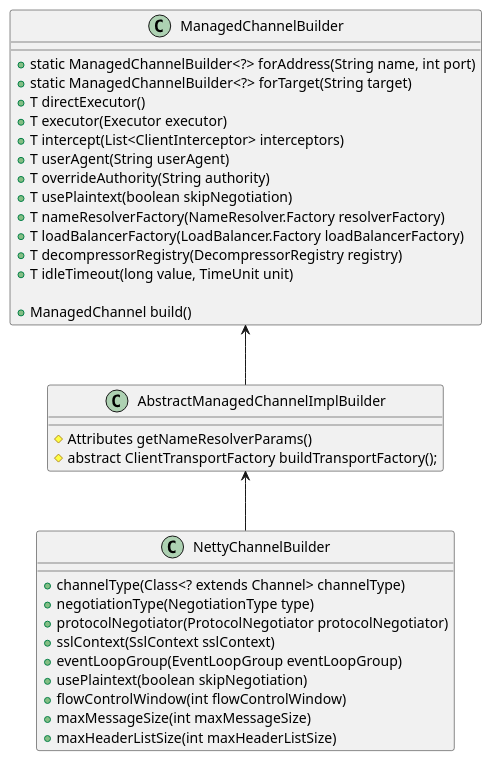
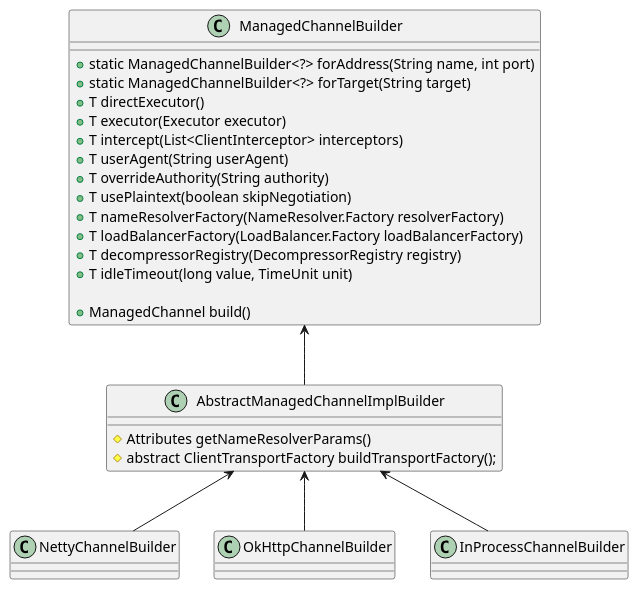
Before and after one commit to skyao/learning-grpc: the diagram in channel/channel_builder/images/builders.puml, drawn with PlantUML. The commit also changed 11 other files, not shown here.

```diff
--- a/channel/channel_builder/images/builders.puml
+++ b/channel/channel_builder/images/builders.puml
@@ -1,42 +1,40 @@
 @startuml
 
 class ManagedChannelBuilder {
 
 + static ManagedChannelBuilder<?> forAddress(String name, int port)
 + static ManagedChannelBuilder<?> forTarget(String target)
 + T directExecutor()
 + T executor(Executor executor)
 + T intercept(List<ClientInterceptor> interceptors)
 + T userAgent(String userAgent)
 + T overrideAuthority(String authority)
 + T usePlaintext(boolean skipNegotiation)
 + T nameResolverFactory(NameResolver.Factory resolverFactory)
 + T loadBalancerFactory(LoadBalancer.Factory loadBalancerFactory)
 + T decompressorRegistry(DecompressorRegistry registry)
 + T idleTimeout(long value, TimeUnit unit)
 
 + ManagedChannel build()
 }
 
 class AbstractManagedChannelImplBuilder {
 # Attributes getNameResolverParams()
 # abstract ClientTransportFactory buildTransportFactory();
 }
 
 class NettyChannelBuilder {
-+ channelType(Class<? extends Channel> channelType)
-+ negotiationType(NegotiationType type)
-+ protocolNegotiator(ProtocolNegotiator protocolNegotiator)
-+ sslContext(SslContext sslContext)
-+ eventLoopGroup(EventLoopGroup eventLoopGroup)
-+ usePlaintext(boolean skipNegotiation)
-+ flowControlWindow(int flowControlWindow)
-+ maxMessageSize(int maxMessageSize)
-+ maxHeaderListSize(int maxHeaderListSize)
+}
+
+class OkHttpChannelBuilder {
+}
+
+class InProcessChannelBuilder {
 }
 
 ManagedChannelBuilder <-- AbstractManagedChannelImplBuilder
 AbstractManagedChannelImplBuilder <-- NettyChannelBuilder
-
+AbstractManagedChannelImplBuilder <-- OkHttpChannelBuilder
+AbstractManagedChannelImplBuilder <-- InProcessChannelBuilder
 
 @enduml
```
